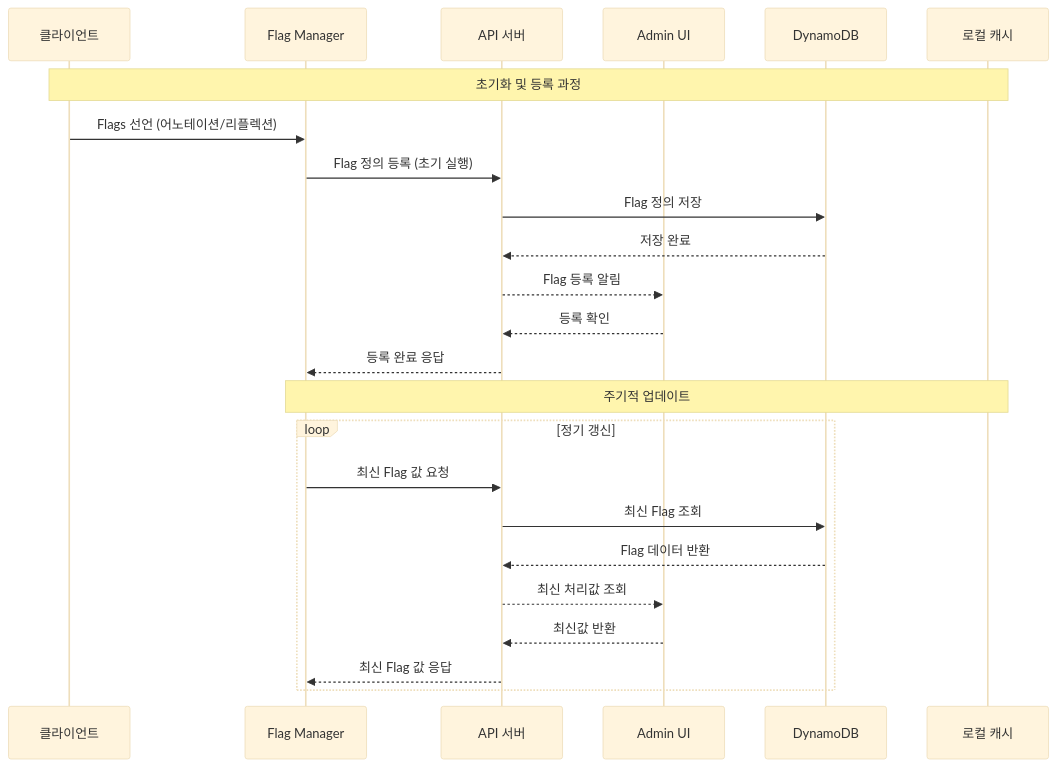
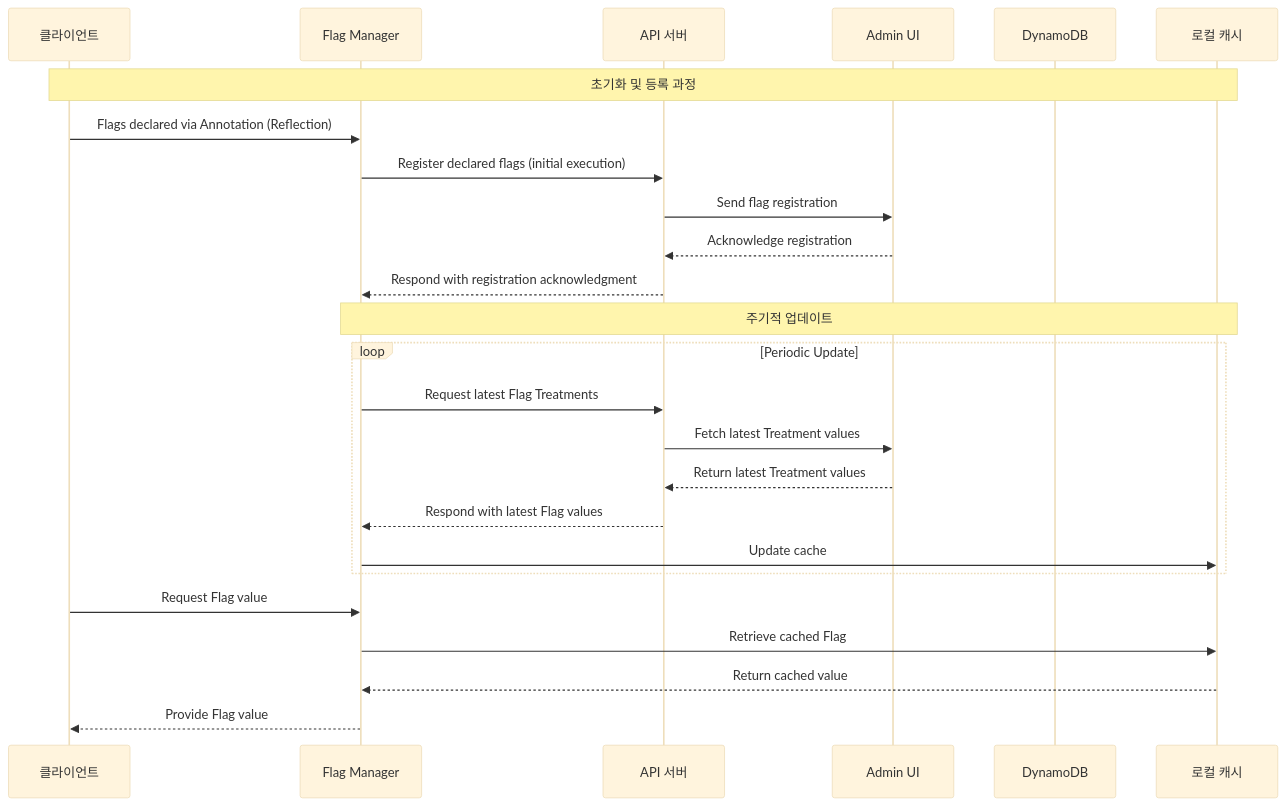
One commit to yeokyeong-yoon/yeokyeong-yoon.github.io changed the diagram in _posts/2025-03-16-feature-flag.md. Above: the diagram before and after it, drawn with Mermaid (base theme). The commit also changed 2 other files, not shown here.

````diff
--- a/_posts/2025-03-16-feature-flag.md
+++ b/_posts/2025-03-16-feature-flag.md
@@ -19,28 +19,30 @@
 ```mermaid
 sequenceDiagram
     participant Client as 클라이언트
     participant Manager as Flag Manager
     participant API as API 서버
     participant Admin as Admin UI
     participant DB as DynamoDB
     participant Cache as 로컬 캐시
 
     Note over Client,Cache: 초기화 및 등록 과정
-    Client->>Manager: Flags 선언 (어노테이션/리플렉션)
-    Manager->>API: Flag 정의 등록 (초기 실행)
-    API->>DB: Flag 정의 저장
-    DB-->>API: 저장 완료
-    API-->>Admin: Flag 등록 알림
-    Admin-->>API: 등록 확인
-    API-->>Manager: 등록 완료 응답
+    Client->>Manager: Flags declared via Annotation (Reflection)
+    Manager->>API: Register declared flags (initial execution)
+    API->>Admin: Send flag registration
+    Admin-->>API: Acknowledge registration
+    API-->>Manager: Respond with registration acknowledgment
 
     Note over Manager,Cache: 주기적 업데이트
-    loop 정기 갱신
-        Manager->>API: 최신 Flag 값 요청
-        API->>DB: 최신 Flag 조회
-        DB-->>API: Flag 데이터 반환
-        API-->>Admin: 최신 처리값 조회
-        Admin-->>API: 최신값 반환
-        API-->>Manager: 최신 Flag 값 응답
+    loop Periodic Update
+        Manager->>API: Request latest Flag Treatments
+        API->>Admin: Fetch latest Treatment values
+        Admin-->>API: Return latest Treatment values
+        API-->>Manager: Respond with latest Flag values
+        Manager->>Cache: Update cache
     end
+
+    Client->>Manager: Request Flag value
+    Manager->>Cache: Retrieve cached Flag
+    Cache-->>Manager: Return cached value
+    Manager-->>Client: Provide Flag value
 ```
````
